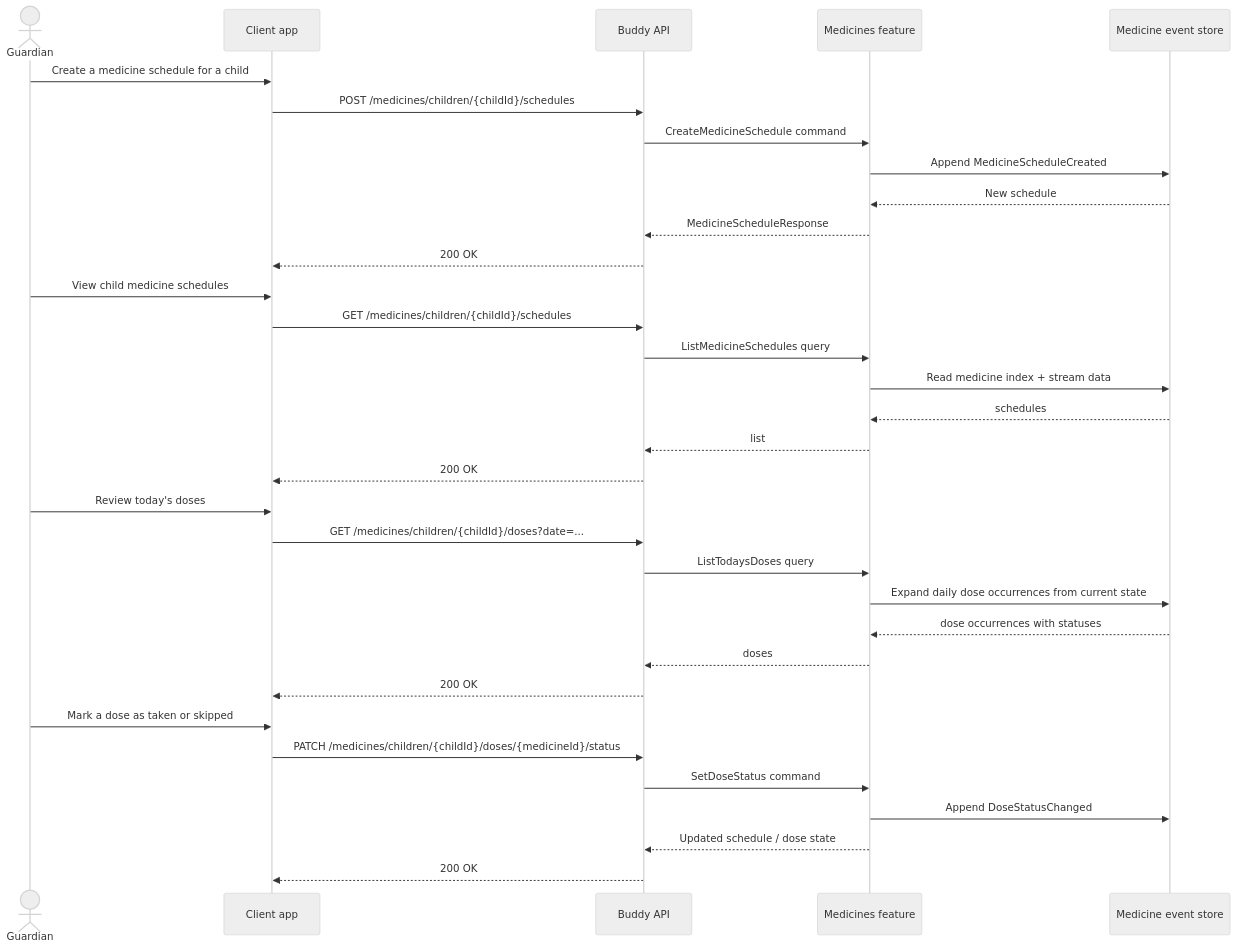
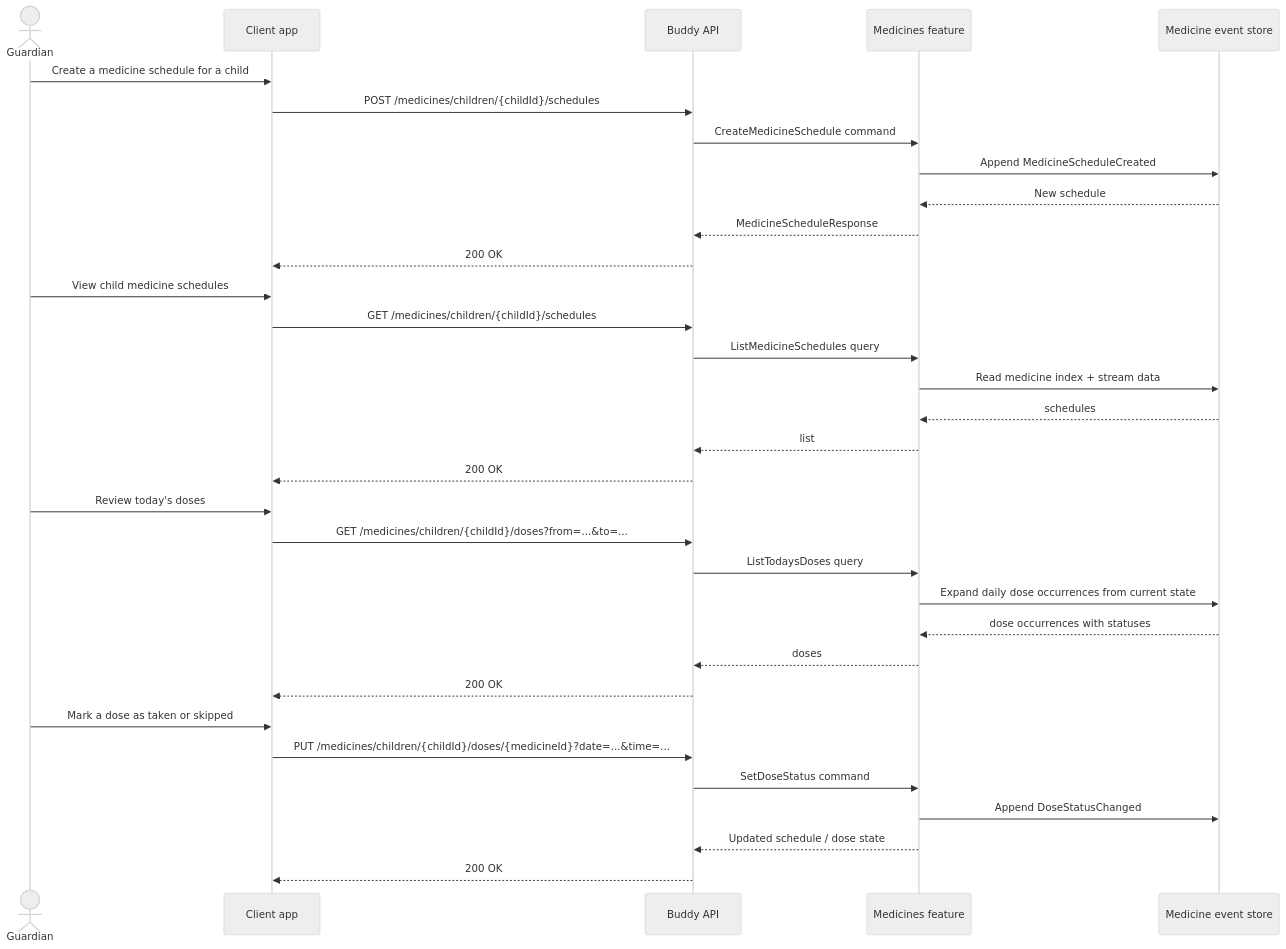
The diagram in docs/backend/medicines/flow.md (kimipsen/buddy), drawn with Mermaid (neutral theme) before and after one commit. The commit also changed other lines of this file and 15 other files, not shown here.

First line of the commit message:
feat: update API endpoints and documentation for groups, guardians, medicines, and progress features

````diff
--- a/docs/backend/medicines/flow.md
+++ b/docs/backend/medicines/flow.md
@@ -5,39 +5,39 @@
 ```mermaid
 sequenceDiagram
     actor Guardian
     participant App as Client app
     participant API as Buddy API
     participant Medicines as Medicines feature
     participant Store as Medicine event store
 
     Guardian->>App: Create a medicine schedule for a child
     App->>API: POST /medicines/children/{childId}/schedules
     API->>Medicines: CreateMedicineSchedule command
     Medicines->>Store: Append MedicineScheduleCreated
     Store-->>Medicines: New schedule
     Medicines-->>API: MedicineScheduleResponse
     API-->>App: 200 OK
 
     Guardian->>App: View child medicine schedules
     App->>API: GET /medicines/children/{childId}/schedules
     API->>Medicines: ListMedicineSchedules query
     Medicines->>Store: Read medicine index + stream data
     Store-->>Medicines: schedules
     Medicines-->>API: list
     API-->>App: 200 OK
 
     Guardian->>App: Review today's doses
-    App->>API: GET /medicines/children/{childId}/doses?date=...
+    App->>API: GET /medicines/children/{childId}/doses?from=...&to=...
     API->>Medicines: ListTodaysDoses query
     Medicines->>Store: Expand daily dose occurrences from current state
     Store-->>Medicines: dose occurrences with statuses
     Medicines-->>API: doses
     API-->>App: 200 OK
 
     Guardian->>App: Mark a dose as taken or skipped
-    App->>API: PATCH /medicines/children/{childId}/doses/{medicineId}/status
+    App->>API: PUT /medicines/children/{childId}/doses/{medicineId}?date=...&time=...
     API->>Medicines: SetDoseStatus command
     Medicines->>Store: Append DoseStatusChanged
     Medicines-->>API: Updated schedule / dose state
     API-->>App: 200 OK
 ```
````
